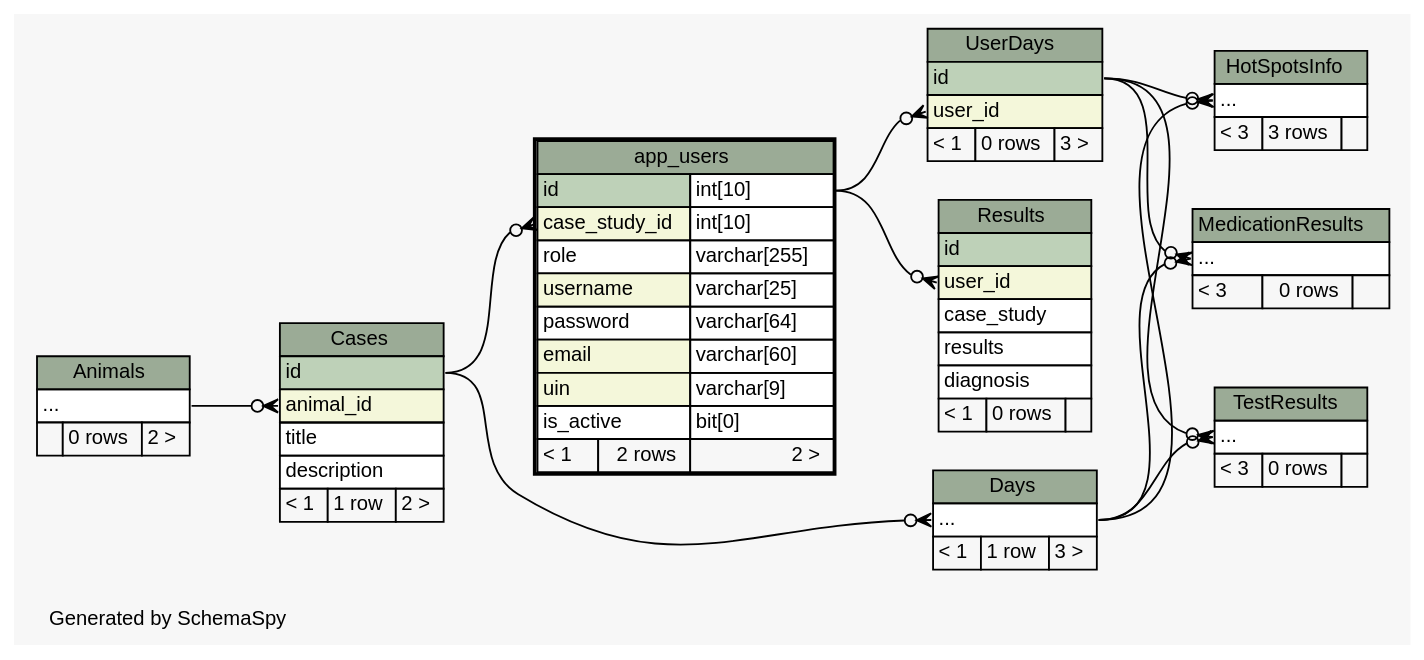
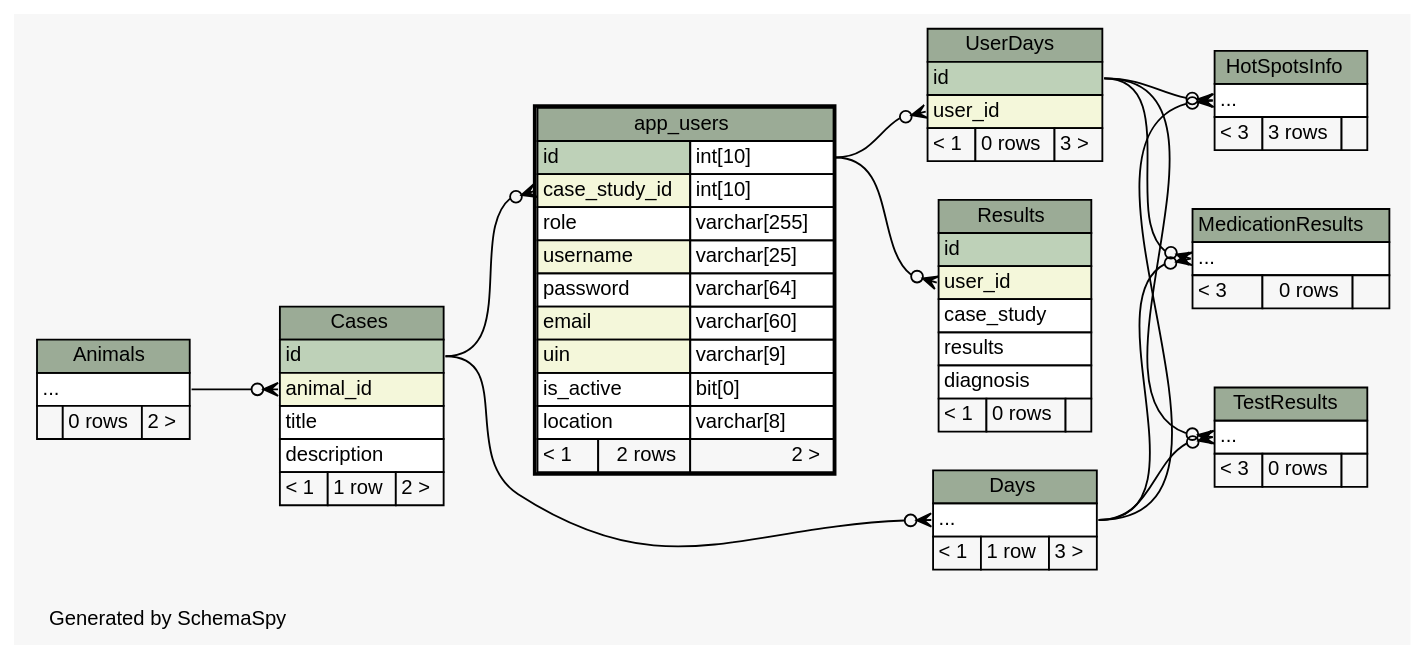
Before and after one commit to carrel2/CaseStudies: the diagram in web/files/schema/diagrams/app_users.2degrees.dot, drawn with Graphviz. The commit also changed 190 other files, not shown here.

```diff
--- a/web/files/schema/diagrams/app_users.2degrees.dot
+++ b/web/files/schema/diagrams/app_users.2degrees.dot
@@ -1,138 +1,139 @@
 // dot 2.38.0 on Linux 4.4.0-72-generic
 // SchemaSpy rev 590
 digraph "twoDegreesRelationshipsDiagram" {
   graph [
     rankdir="RL"
     bgcolor="#f7f7f7"
     label="\nGenerated by SchemaSpy"
     labeljust="l"
     nodesep="0.18"
     ranksep="0.46"
     fontname="Helvetica"
     fontsize="11"
   ];
   node [
     fontname="Helvetica"
     fontsize="11"
     shape="plaintext"
   ];
   edge [
     arrowsize="0.8"
   ];
   "app_users":"case_study_id":w -> "Cases":"id":e [arrowhead=none dir=back arrowtail=crowodot];
   "Cases":"animal_id":w -> "Animals":"elipses":e [arrowhead=none dir=back arrowtail=crowodot];
   "Days":"elipses":w -> "Cases":"id":e [arrowhead=none dir=back arrowtail=crowodot];
   "HotSpotsInfo":"elipses":w -> "Days":"elipses":e [arrowhead=none dir=back arrowtail=crowodot];
   "HotSpotsInfo":"elipses":w -> "UserDays":"id":e [arrowhead=none dir=back arrowtail=crowodot];
   "MedicationResults":"elipses":w -> "Days":"elipses":e [arrowhead=none dir=back arrowtail=crowodot];
   "MedicationResults":"elipses":w -> "UserDays":"id":e [arrowhead=none dir=back arrowtail=crowodot];
   "Results":"user_id":w -> "app_users":"id.type":e [arrowhead=none dir=back arrowtail=crowodot];
   "TestResults":"elipses":w -> "Days":"elipses":e [arrowhead=none dir=back arrowtail=crowodot];
   "TestResults":"elipses":w -> "UserDays":"id":e [arrowhead=none dir=back arrowtail=crowodot];
   "UserDays":"user_id":w -> "app_users":"id.type":e [arrowhead=none dir=back arrowtail=crowodot];
   "Animals" [
     label=<
     <TABLE BORDER="0" CELLBORDER="1" CELLSPACING="0" BGCOLOR="#ffffff">
       <TR><TD COLSPAN="3" BGCOLOR="#9bab96" ALIGN="CENTER">Animals</TD></TR>
       <TR><TD PORT="elipses" COLSPAN="3" ALIGN="LEFT">...</TD></TR>
       <TR><TD ALIGN="LEFT" BGCOLOR="#f7f7f7">  </TD><TD ALIGN="RIGHT" BGCOLOR="#f7f7f7">0 rows</TD><TD ALIGN="RIGHT" BGCOLOR="#f7f7f7">2 &gt;</TD></TR>
     </TABLE>>
     URL="Animals.html"
     tooltip="Animals"
   ];
   "app_users" [
     label=<
     <TABLE BORDER="2" CELLBORDER="1" CELLSPACING="0" BGCOLOR="#ffffff">
       <TR><TD COLSPAN="3" BGCOLOR="#9bab96" ALIGN="CENTER">app_users</TD></TR>
       <TR><TD PORT="id" COLSPAN="2" BGCOLOR="#bed1b8" ALIGN="LEFT">id</TD><TD PORT="id.type" ALIGN="LEFT">int[10]</TD></TR>
       <TR><TD PORT="case_study_id" COLSPAN="2" BGCOLOR="#f4f7da" ALIGN="LEFT">case_study_id</TD><TD PORT="case_study_id.type" ALIGN="LEFT">int[10]</TD></TR>
       <TR><TD PORT="role" COLSPAN="2" ALIGN="LEFT">role</TD><TD PORT="role.type" ALIGN="LEFT">varchar[255]</TD></TR>
       <TR><TD PORT="username" COLSPAN="2" BGCOLOR="#f4f7da" ALIGN="LEFT">username</TD><TD PORT="username.type" ALIGN="LEFT">varchar[25]</TD></TR>
       <TR><TD PORT="password" COLSPAN="2" ALIGN="LEFT">password</TD><TD PORT="password.type" ALIGN="LEFT">varchar[64]</TD></TR>
       <TR><TD PORT="email" COLSPAN="2" BGCOLOR="#f4f7da" ALIGN="LEFT">email</TD><TD PORT="email.type" ALIGN="LEFT">varchar[60]</TD></TR>
       <TR><TD PORT="uin" COLSPAN="2" BGCOLOR="#f4f7da" ALIGN="LEFT">uin</TD><TD PORT="uin.type" ALIGN="LEFT">varchar[9]</TD></TR>
       <TR><TD PORT="is_active" COLSPAN="2" ALIGN="LEFT">is_active</TD><TD PORT="is_active.type" ALIGN="LEFT">bit[0]</TD></TR>
+      <TR><TD PORT="location" COLSPAN="2" ALIGN="LEFT">location</TD><TD PORT="location.type" ALIGN="LEFT">varchar[8]</TD></TR>
       <TR><TD ALIGN="LEFT" BGCOLOR="#f7f7f7">&lt; 1</TD><TD ALIGN="RIGHT" BGCOLOR="#f7f7f7">2 rows</TD><TD ALIGN="RIGHT" BGCOLOR="#f7f7f7">2 &gt;</TD></TR>
     </TABLE>>
     URL="app_users.html"
     tooltip="app_users"
   ];
   "Cases" [
     label=<
     <TABLE BORDER="0" CELLBORDER="1" CELLSPACING="0" BGCOLOR="#ffffff">
       <TR><TD COLSPAN="3" BGCOLOR="#9bab96" ALIGN="CENTER">Cases</TD></TR>
       <TR><TD PORT="id" COLSPAN="3" BGCOLOR="#bed1b8" ALIGN="LEFT">id</TD></TR>
       <TR><TD PORT="animal_id" COLSPAN="3" BGCOLOR="#f4f7da" ALIGN="LEFT">animal_id</TD></TR>
       <TR><TD PORT="title" COLSPAN="3" ALIGN="LEFT">title</TD></TR>
       <TR><TD PORT="description" COLSPAN="3" ALIGN="LEFT">description</TD></TR>
       <TR><TD ALIGN="LEFT" BGCOLOR="#f7f7f7">&lt; 1</TD><TD ALIGN="RIGHT" BGCOLOR="#f7f7f7">1 row</TD><TD ALIGN="RIGHT" BGCOLOR="#f7f7f7">2 &gt;</TD></TR>
     </TABLE>>
     URL="Cases.html"
     tooltip="Cases"
   ];
   "Days" [
     label=<
     <TABLE BORDER="0" CELLBORDER="1" CELLSPACING="0" BGCOLOR="#ffffff">
       <TR><TD COLSPAN="3" BGCOLOR="#9bab96" ALIGN="CENTER">Days</TD></TR>
       <TR><TD PORT="elipses" COLSPAN="3" ALIGN="LEFT">...</TD></TR>
       <TR><TD ALIGN="LEFT" BGCOLOR="#f7f7f7">&lt; 1</TD><TD ALIGN="RIGHT" BGCOLOR="#f7f7f7">1 row</TD><TD ALIGN="RIGHT" BGCOLOR="#f7f7f7">3 &gt;</TD></TR>
     </TABLE>>
     URL="Days.html"
     tooltip="Days"
   ];
   "HotSpotsInfo" [
     label=<
     <TABLE BORDER="0" CELLBORDER="1" CELLSPACING="0" BGCOLOR="#ffffff">
       <TR><TD COLSPAN="3" BGCOLOR="#9bab96" ALIGN="CENTER">HotSpotsInfo</TD></TR>
       <TR><TD PORT="elipses" COLSPAN="3" ALIGN="LEFT">...</TD></TR>
       <TR><TD ALIGN="LEFT" BGCOLOR="#f7f7f7">&lt; 3</TD><TD ALIGN="RIGHT" BGCOLOR="#f7f7f7">3 rows</TD><TD ALIGN="RIGHT" BGCOLOR="#f7f7f7">  </TD></TR>
     </TABLE>>
     URL="HotSpotsInfo.html"
     tooltip="HotSpotsInfo"
   ];
   "MedicationResults" [
     label=<
     <TABLE BORDER="0" CELLBORDER="1" CELLSPACING="0" BGCOLOR="#ffffff">
       <TR><TD COLSPAN="3" BGCOLOR="#9bab96" ALIGN="CENTER">MedicationResults</TD></TR>
       <TR><TD PORT="elipses" COLSPAN="3" ALIGN="LEFT">...</TD></TR>
       <TR><TD ALIGN="LEFT" BGCOLOR="#f7f7f7">&lt; 3</TD><TD ALIGN="RIGHT" BGCOLOR="#f7f7f7">0 rows</TD><TD ALIGN="RIGHT" BGCOLOR="#f7f7f7">  </TD></TR>
     </TABLE>>
     URL="MedicationResults.html"
     tooltip="MedicationResults"
   ];
   "Results" [
     label=<
     <TABLE BORDER="0" CELLBORDER="1" CELLSPACING="0" BGCOLOR="#ffffff">
       <TR><TD COLSPAN="3" BGCOLOR="#9bab96" ALIGN="CENTER">Results</TD></TR>
       <TR><TD PORT="id" COLSPAN="3" BGCOLOR="#bed1b8" ALIGN="LEFT">id</TD></TR>
       <TR><TD PORT="user_id" COLSPAN="3" BGCOLOR="#f4f7da" ALIGN="LEFT">user_id</TD></TR>
       <TR><TD PORT="case_study" COLSPAN="3" ALIGN="LEFT">case_study</TD></TR>
       <TR><TD PORT="results" COLSPAN="3" ALIGN="LEFT">results</TD></TR>
       <TR><TD PORT="diagnosis" COLSPAN="3" ALIGN="LEFT">diagnosis</TD></TR>
       <TR><TD ALIGN="LEFT" BGCOLOR="#f7f7f7">&lt; 1</TD><TD ALIGN="RIGHT" BGCOLOR="#f7f7f7">0 rows</TD><TD ALIGN="RIGHT" BGCOLOR="#f7f7f7">  </TD></TR>
     </TABLE>>
     URL="Results.html"
     tooltip="Results"
   ];
   "TestResults" [
     label=<
     <TABLE BORDER="0" CELLBORDER="1" CELLSPACING="0" BGCOLOR="#ffffff">
       <TR><TD COLSPAN="3" BGCOLOR="#9bab96" ALIGN="CENTER">TestResults</TD></TR>
       <TR><TD PORT="elipses" COLSPAN="3" ALIGN="LEFT">...</TD></TR>
       <TR><TD ALIGN="LEFT" BGCOLOR="#f7f7f7">&lt; 3</TD><TD ALIGN="RIGHT" BGCOLOR="#f7f7f7">0 rows</TD><TD ALIGN="RIGHT" BGCOLOR="#f7f7f7">  </TD></TR>
     </TABLE>>
     URL="TestResults.html"
     tooltip="TestResults"
   ];
   "UserDays" [
     label=<
     <TABLE BORDER="0" CELLBORDER="1" CELLSPACING="0" BGCOLOR="#ffffff">
       <TR><TD COLSPAN="3" BGCOLOR="#9bab96" ALIGN="CENTER">UserDays</TD></TR>
       <TR><TD PORT="id" COLSPAN="3" BGCOLOR="#bed1b8" ALIGN="LEFT">id</TD></TR>
       <TR><TD PORT="user_id" COLSPAN="3" BGCOLOR="#f4f7da" ALIGN="LEFT">user_id</TD></TR>
       <TR><TD ALIGN="LEFT" BGCOLOR="#f7f7f7">&lt; 1</TD><TD ALIGN="RIGHT" BGCOLOR="#f7f7f7">0 rows</TD><TD ALIGN="RIGHT" BGCOLOR="#f7f7f7">3 &gt;</TD></TR>
     </TABLE>>
     URL="UserDays.html"
     tooltip="UserDays"
   ];
 }
```
